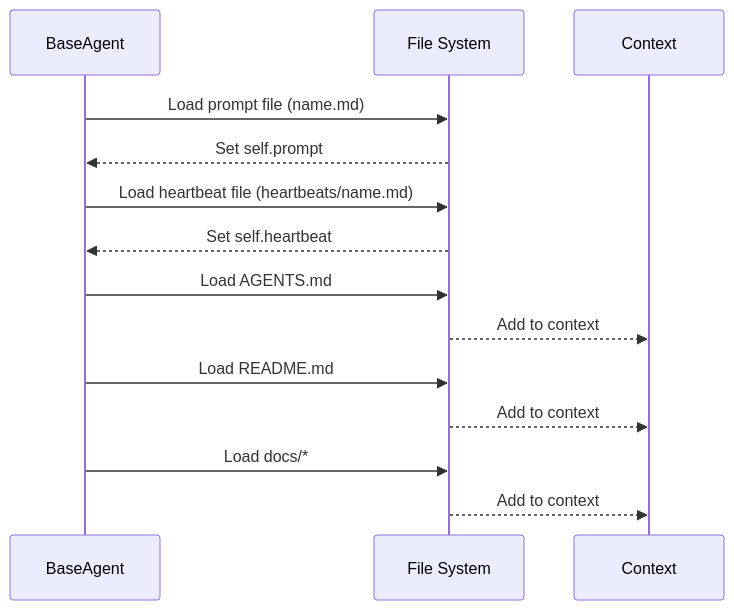
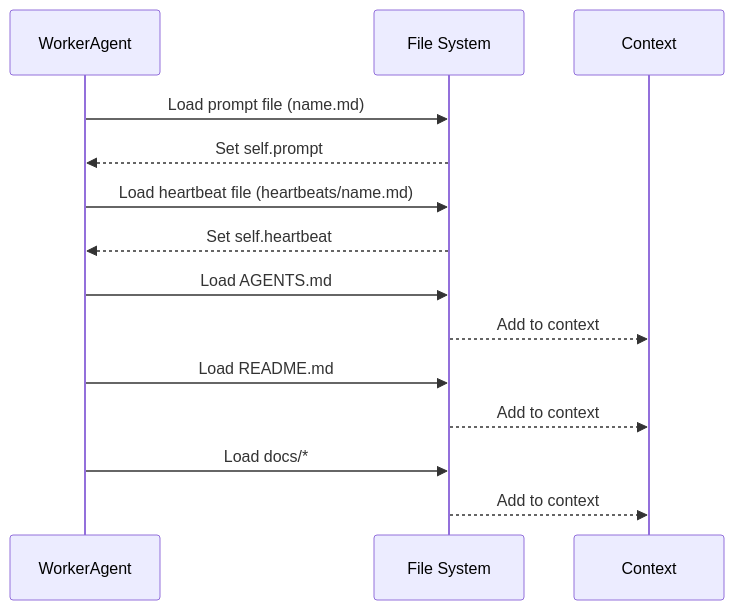
Before and after one commit to openpawks/sublimate: the second of 3 diagrams in docs/composer/BaseAgent.md, drawn with Mermaid. The commit also changed other lines of this file and 21 other files, not shown here.

Commit message:
refactor: rename BaseAgent to WorkerAgent for clarity, fix typos in services, begin to start writing repo & worktree management

````diff
--- a/docs/composer/BaseAgent.md
+++ b/docs/composer/BaseAgent.md
@@ -123,17 +123,17 @@
 ```mermaid
 sequenceDiagram
-    participant A as BaseAgent
+    participant A as WorkerAgent
     participant F as File System
     participant C as Context
 
     A->>F: Load prompt file (name.md)
     F-->>A: Set self.prompt
     A->>F: Load heartbeat file (heartbeats/name.md)
     F-->>A: Set self.heartbeat
     A->>F: Load AGENTS.md
     F-->>C: Add to context
     A->>F: Load README.md
     F-->>C: Add to context
     A->>F: Load docs/*
     F-->>C: Add to context
 ```
````
